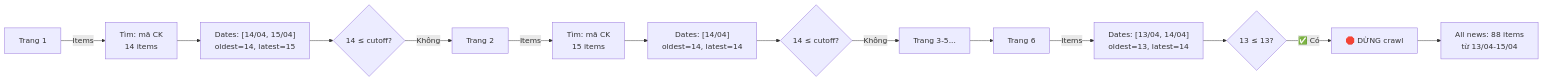
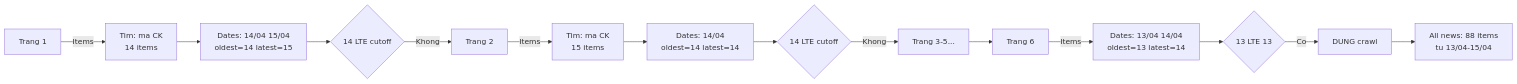
Before and after one commit to doanhieu1986/vps-automation-vhck: the second of 5 diagrams in FETCH_VSD_LOGIC.md, drawn with Mermaid. The commit also changed other lines of this file, not shown here.

Commit message:
update flow_id

````diff
--- a/FETCH_VSD_LOGIC.md
+++ b/FETCH_VSD_LOGIC.md
@@ -71,16 +71,16 @@
 ```mermaid
 flowchart LR
-    A["Trang 1"] -->|Items| B["Tìm: mã CK<br/>14 items"]
-    B --> C["Dates: [14/04, 15/04]<br/>oldest=14, latest=15"]
-    C --> D{14 ≤ cutoff?}
-    D -->|Không| E["Trang 2"]
-    E -->|Items| F["Tìm: mã CK<br/>15 items"]
-    F --> G["Dates: [14/04]<br/>oldest=14, latest=14"]
-    G --> H{14 ≤ cutoff?}
-    H -->|Không| I["Trang 3-5..."]
-    I --> J["Trang 6"]
-    J -->|Items| K["Dates: [13/04, 14/04]<br/>oldest=13, latest=14"]
-    K --> L{13 ≤ 13?}
-    L -->|✅ Có| M["🛑 DỪNG crawl"]
-    M --> N["All news: 88 items<br/>từ 13/04-15/04"]
+    A[Trang 1] -->|Items| B[Tim: ma CK<br/>14 items]
+    B --> C[Dates: 14/04 15/04<br/>oldest=14 latest=15]
+    C --> D{14 LTE cutoff}
+    D -->|Khong| E[Trang 2]
+    E -->|Items| F[Tim: ma CK<br/>15 items]
+    F --> G[Dates: 14/04<br/>oldest=14 latest=14]
+    G --> H{14 LTE cutoff}
+    H -->|Khong| I[Trang 3-5...]
+    I --> J[Trang 6]
+    J -->|Items| K[Dates: 13/04 14/04<br/>oldest=13 latest=14]
+    K --> L{13 LTE 13}
+    L -->|Co| M[DUNG crawl]
+    M --> N[All news: 88 items<br/>tu 13/04-15/04]
 ```
````
